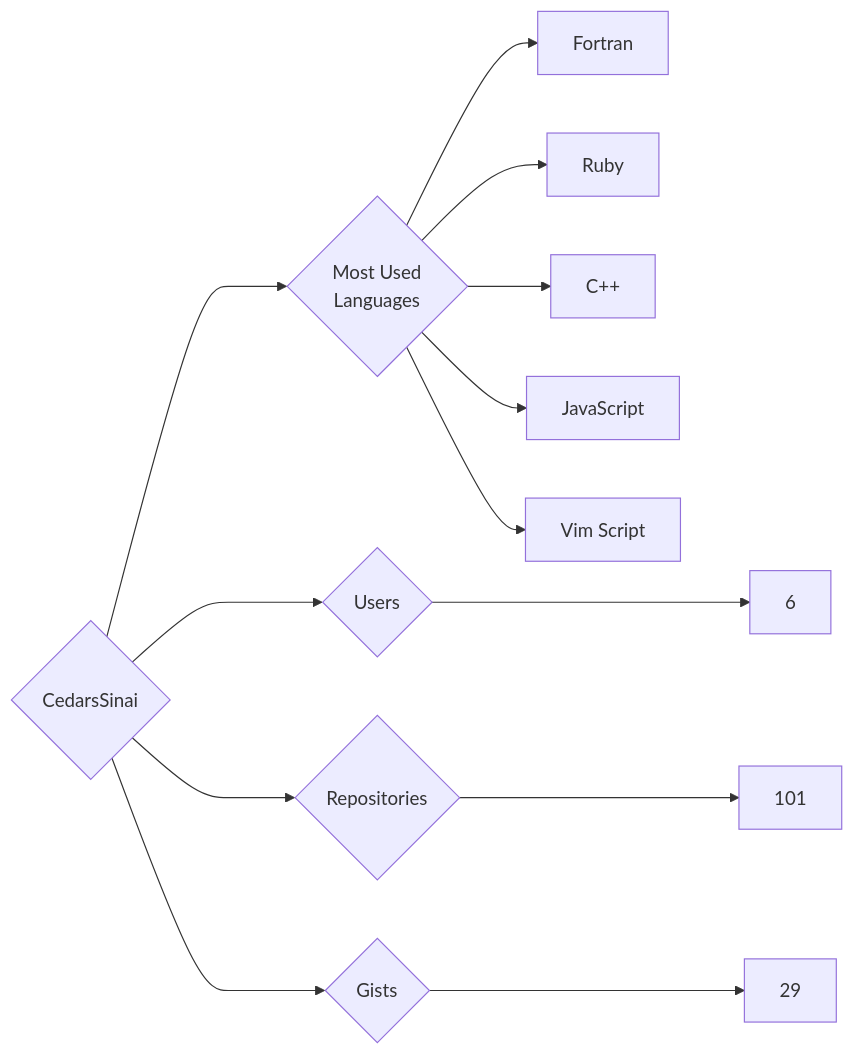
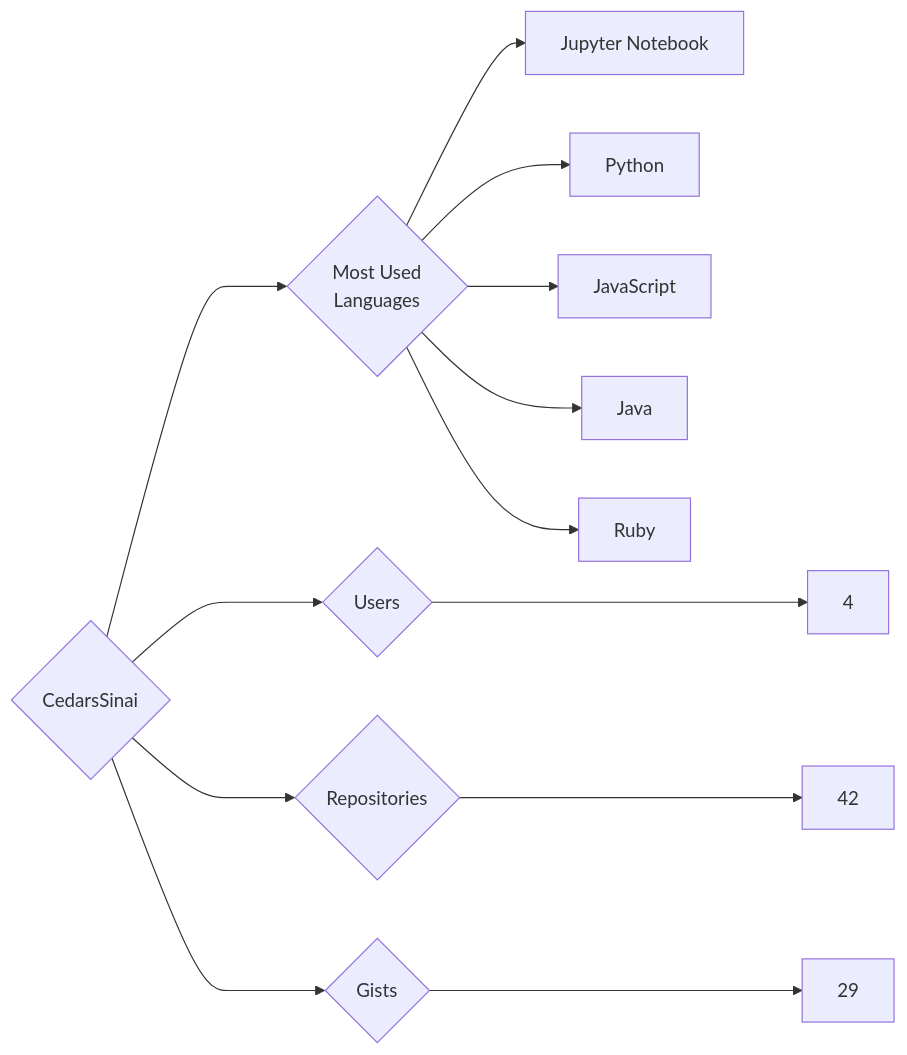
The diagram in targets/CedarsSinai/README.md (trickest/insiders), drawn with Mermaid before and after one commit. The commit also changed 611 other files, not shown here.

````diff
--- a/targets/CedarsSinai/README.md
+++ b/targets/CedarsSinai/README.md
@@ -3,13 +3,13 @@
 ```mermaid
 graph LR
 COMPANY_NAME{CedarsSinai}
-COMPANY_NAME ---> U{Users} ---> UN[6]
-COMPANY_NAME ---> R{Repositories} ---> RN[101]
+COMPANY_NAME ---> U{Users} ---> UN[4]
+COMPANY_NAME ---> R{Repositories} ---> RN[42]
 COMPANY_NAME ---> G{Gists} ---> GN[29]
 COMPANY_NAME ---> ML{Most Used<br>Languages}
-ML --> Fortran[Fortran]
+ML --> Jupyter_Notebook[Jupyter Notebook]
+ML --> Python[Python]
+ML --> JavaScript[JavaScript]
+ML --> Java[Java]
 ML --> Ruby[Ruby]
-ML --> C++[C++]
-ML --> JavaScript[JavaScript]
-ML --> Vim_Script[Vim Script]
 ```
````
